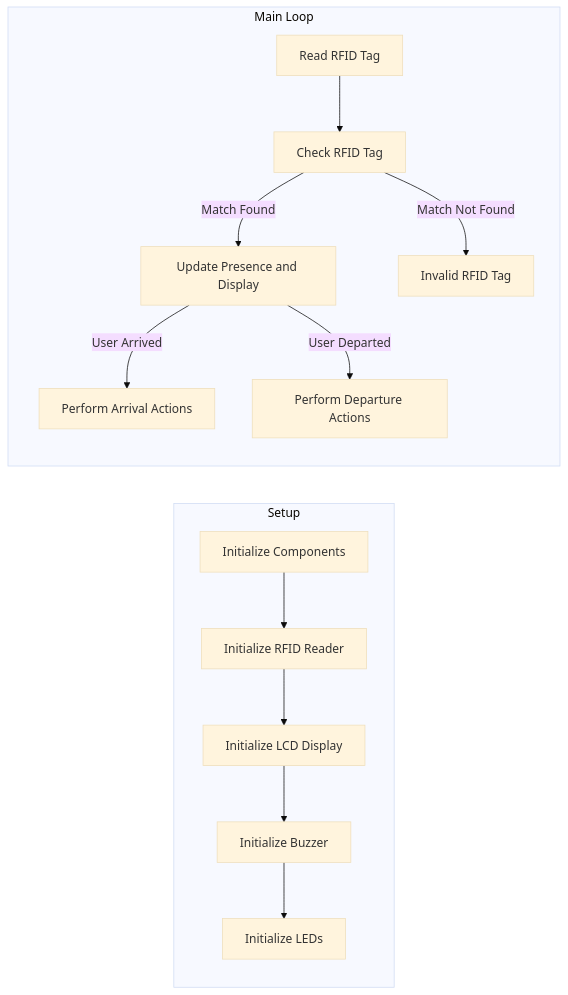
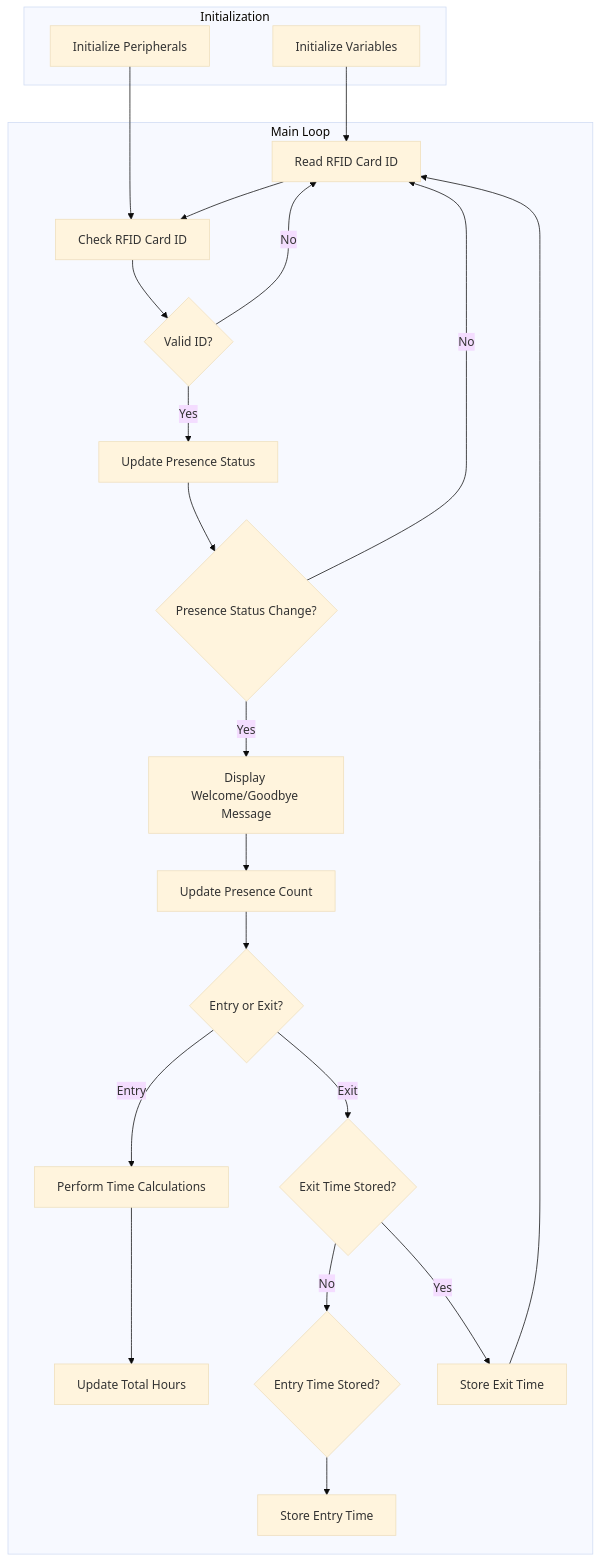
Before and after one commit to 1999AZZAR/RFID-Attendance-System: the diagram in README.md, drawn with Mermaid (base theme). The commit also changed other lines of this file, not shown here.

````diff
--- a/README.md
+++ b/README.md
@@ -55,18 +91,45 @@
 ```mermaid
-flowchart LR
+graph TD
 
-subgraph Setup
-  A[Initialize Components] --> B[Initialize RFID Reader]
-  B --> C[Initialize LCD Display]
-  C --> D[Initialize Buzzer]
-  D --> E[Initialize LEDs]
+subgraph Initialization
+  A[Initialize Variables]
+  B[Initialize Peripherals]
 end
 
 subgraph Main Loop
-  F[Read RFID Tag] --> G[Check RFID Tag]
-  G --> |Match Found| H[Update Presence and Display]
-  H --> |User Arrived| I[Perform Arrival Actions]
-  H --> |User Departed| J[Perform Departure Actions]
-  G --> |Match Not Found| K[Invalid RFID Tag]
+  C[Read RFID Card ID]
+  D[Check RFID Card ID]
+  E{Valid ID?}
+  F[Update Presence Status]
+  G{Presence Status Change?}
+  H[Display Welcome/Goodbye Message]
+  I[Update Presence Count]
+  J{Entry or Exit?}
+  K[Perform Time Calculations]
+  L[Update Total Hours]
+  M{Entry Time Stored?}
+  N[Store Entry Time]
+  O{Exit Time Stored?}
+  P[Store Exit Time]
 end
+
+A --> C
+B --> D
+C --> D
+D --> E
+E -- Yes --> F
+F --> G
+G -- Yes --> H
+G -- No --> C
+H --> I
+I --> J
+J -- Entry --> K
+K --> L
+J -- Exit --> O
+O -- No --> M
+O -- Yes --> P
+M --> N
+P --> C
+E -- No --> C
+
 ```
````
